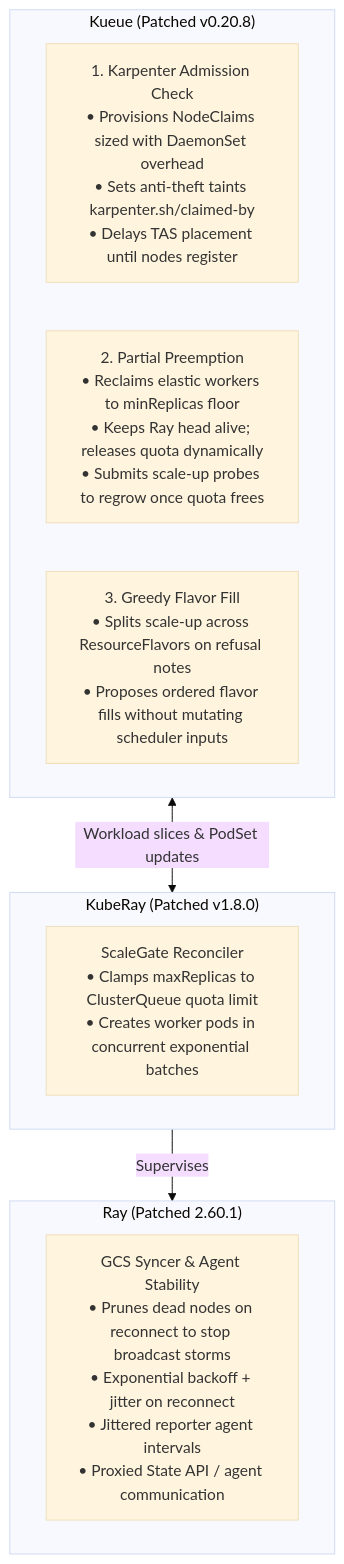
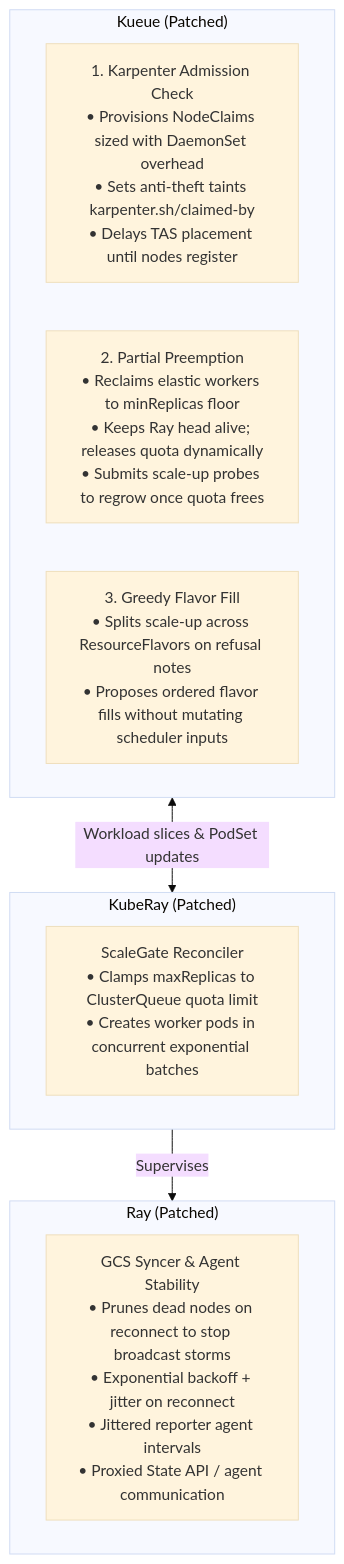
Before and after one commit to simonepri/elastic-kueue-kuberay-patches: the diagram in readme.md, drawn with Mermaid (base theme). The commit also changed other lines of this file and 22 other files, not shown here.

````diff
--- a/readme.md
+++ b/readme.md
@@ -33,19 +33,19 @@
 ```mermaid
 flowchart TD
-    subgraph Kueue ["Kueue (Patched v0.20.8)"]
+    subgraph Kueue ["Kueue (Patched)"]
         K1["1. Karpenter Admission Check<br>• Provisions NodeClaims sized with DaemonSet overhead<br>• Sets anti-theft taints karpenter.sh/claimed-by<br>• Delays TAS placement until nodes register"]
         K2["2. Partial Preemption<br>• Reclaims elastic workers to minReplicas floor<br>• Keeps Ray head alive; releases quota dynamically<br>• Submits scale-up probes to regrow once quota frees"]
         K3["3. Greedy Flavor Fill<br>• Splits scale-up across ResourceFlavors on refusal notes<br>• Proposes ordered flavor fills without mutating scheduler inputs"]
     end
 
-    subgraph KubeRay ["KubeRay (Patched v1.8.0)"]
+    subgraph KubeRay ["KubeRay (Patched)"]
         KR1["ScaleGate Reconciler<br>• Clamps maxReplicas to ClusterQueue quota limit<br>• Creates worker pods in concurrent exponential batches"]
     end
 
-    subgraph RayCore ["Ray (Patched 2.60.1)"]
+    subgraph RayCore ["Ray (Patched)"]
         RC1["GCS Syncer & Agent Stability<br>• Prunes dead nodes on reconnect to stop broadcast storms<br>• Exponential backoff + jitter on reconnect<br>• Jittered reporter agent intervals<br>• Proxied State API / agent communication"]
     end
 
     Kueue <-->|"Workload slices & PodSet updates"| KubeRay
     KubeRay -->|"Supervises"| RayCore
 ```
````
